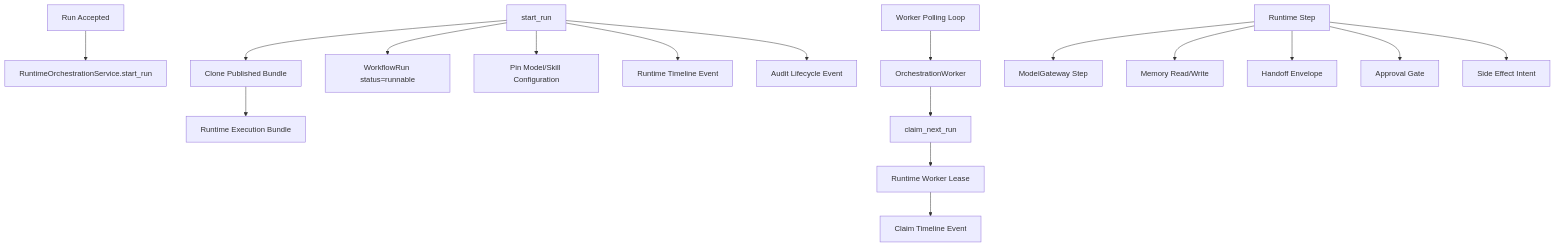
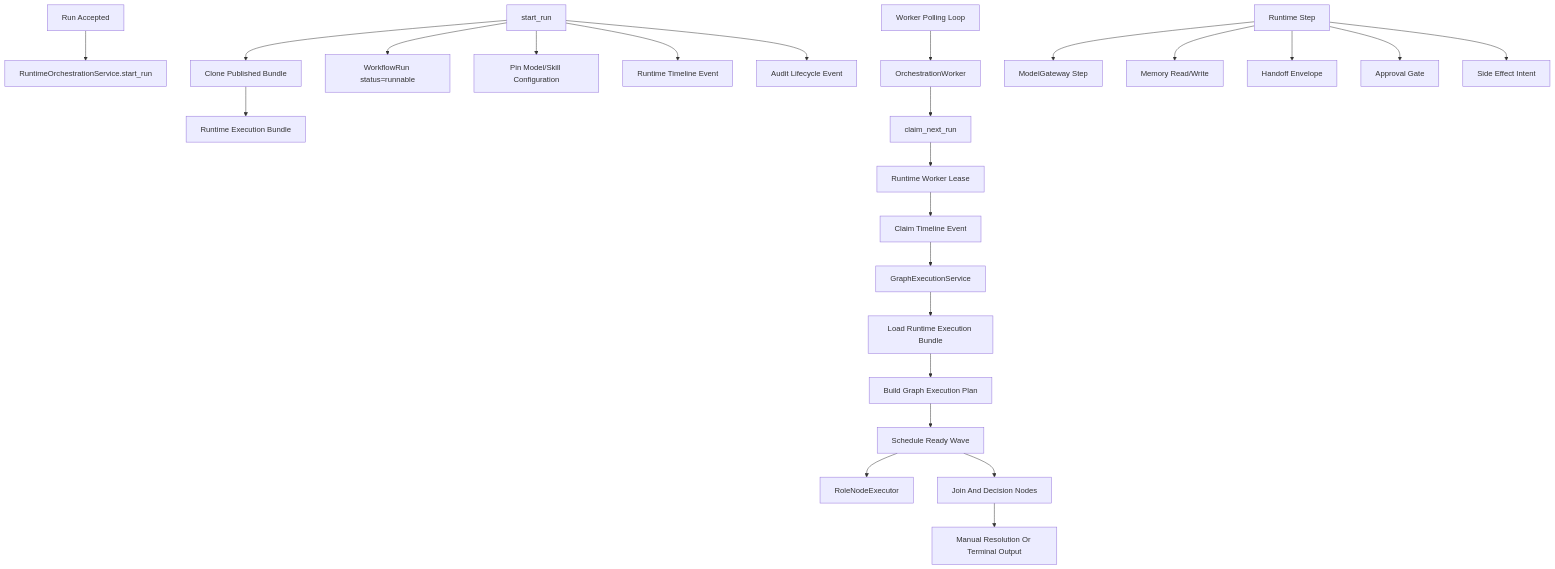
Before and after one commit to scott5252/multi-agent: the eighth of 35 diagrams in system_architecture.md, drawn with Mermaid. The commit also changed other lines of this file and 6 other files, not shown here.

````diff
--- a/system_architecture.md
+++ b/system_architecture.md
@@ -543,21 +603,28 @@
 ```mermaid
 flowchart TD
     f7n1["Run Accepted"] --> f7n2["RuntimeOrchestrationService.start_run"]
     f7n3["start_run"] --> f7n4["Clone Published Bundle"]
     f7n4["Clone Published Bundle"] --> f7n5["Runtime Execution Bundle"]
     f7n3["start_run"] --> f7n6["WorkflowRun status=runnable"]
     f7n3["start_run"] --> f7n7["Pin Model/Skill Configuration"]
     f7n3["start_run"] --> f7n8["Runtime Timeline Event"]
     f7n3["start_run"] --> f7n9["Audit Lifecycle Event"]
 
     f7n10["Worker Polling Loop"] --> f7n11["OrchestrationWorker"]
     f7n11["OrchestrationWorker"] --> f7n12["claim_next_run"]
     f7n12["claim_next_run"] --> f7n13["Runtime Worker Lease"]
     f7n13["Runtime Worker Lease"] --> f7n14["Claim Timeline Event"]
+    f7n14["Claim Timeline Event"] --> f7n21["GraphExecutionService"]
+    f7n21["GraphExecutionService"] --> f7n22["Load Runtime Execution Bundle"]
+    f7n22["Load Runtime Execution Bundle"] --> f7n23["Build Graph Execution Plan"]
+    f7n23["Build Graph Execution Plan"] --> f7n24["Schedule Ready Wave"]
+    f7n24["Schedule Ready Wave"] --> f7n25["RoleNodeExecutor"]
+    f7n24["Schedule Ready Wave"] --> f7n26["Join And Decision Nodes"]
+    f7n26["Join And Decision Nodes"] --> f7n27["Manual Resolution Or Terminal Output"]
 
     f7n15["Runtime Step"] --> f7n16["ModelGateway Step"]
     f7n15["Runtime Step"] --> f7n17["Memory Read/Write"]
     f7n15["Runtime Step"] --> f7n18["Handoff Envelope"]
     f7n15["Runtime Step"] --> f7n19["Approval Gate"]
     f7n15["Runtime Step"] --> f7n20["Side Effect Intent"]
 ```
````
